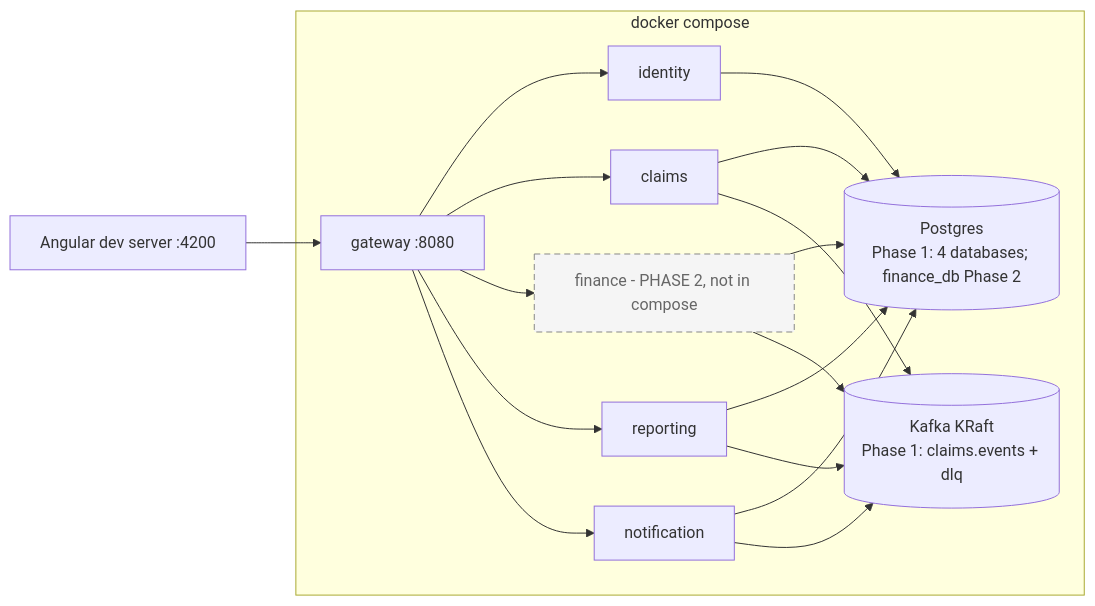
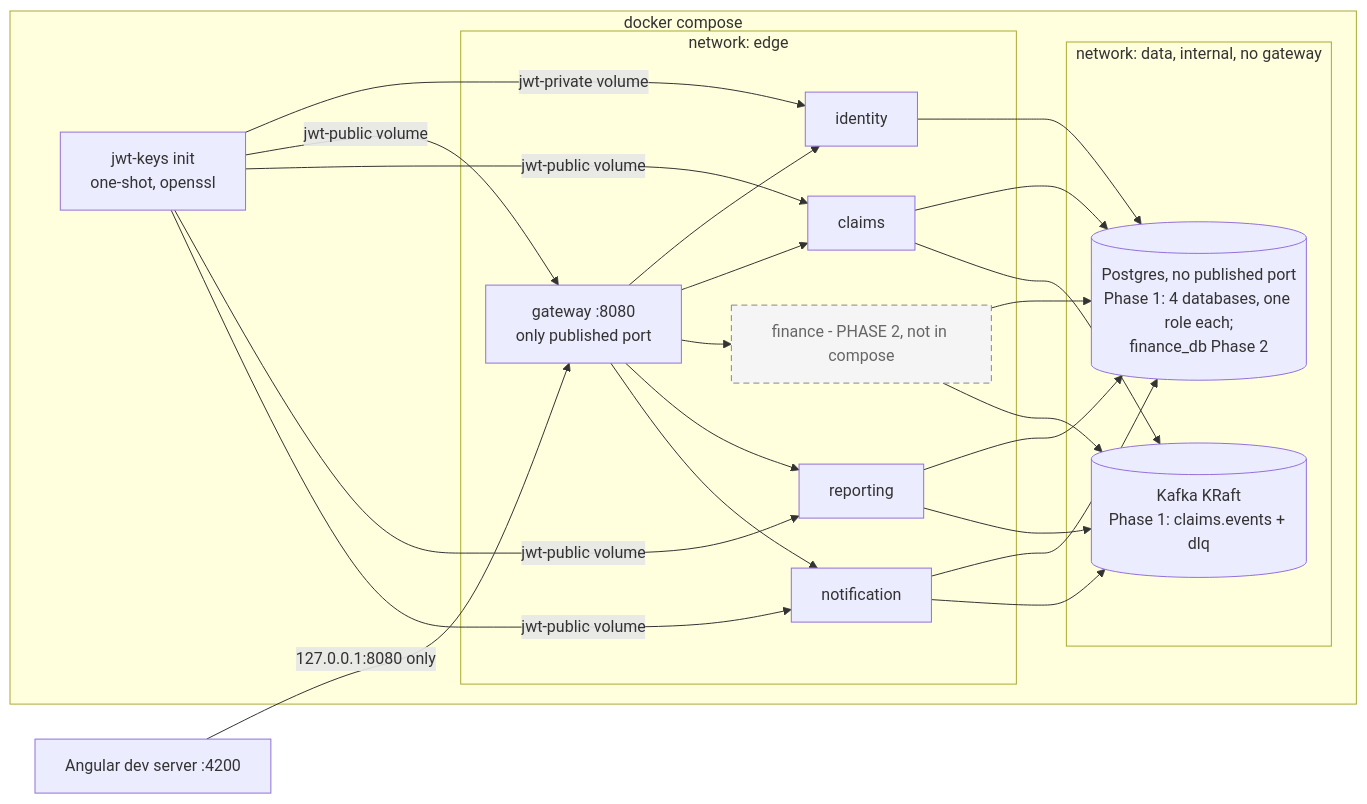
One commit to ZaimOmar/ChubbBackEnd changed the tenth of 10 diagrams in docs/architecture/ARCHITECTURE.md. Above: the diagram before and after it, drawn with Mermaid. The commit also changed other lines of this file and 6 other files, not shown here.

First line of the commit message:
docs: add BR-78, amend ADR-003/008, update architecture and security requirements

````diff
--- a/docs/architecture/ARCHITECTURE.md
+++ b/docs/architecture/ARCHITECTURE.md
@@ -572,22 +593,29 @@
 ```mermaid
 flowchart LR
+    FE[Angular dev server :4200] -->|127.0.0.1:8080 only| GWc
     subgraph docker compose
-        PG[(Postgres<br/>Phase 1: 4 databases; finance_db Phase 2)]
-        KF[(Kafka KRaft<br/>Phase 1: claims.events + dlq)]
-        GWc[gateway :8080]
-        IDc[identity]
-        CLc[claims]
-        FNc[finance - PHASE 2, not in compose]
-        RPc[reporting]
-        NTc[notification]
+        JK[jwt-keys init<br/>one-shot, openssl]
+        subgraph edge[network: edge]
+            GWc[gateway :8080<br/>only published port]
+            IDc[identity]
+            CLc[claims]
+            FNc[finance - PHASE 2, not in compose]
+            RPc[reporting]
+            NTc[notification]
+        end
+        subgraph data[network: data, internal, no gateway]
+            PG[(Postgres, no published port<br/>Phase 1: 4 databases, one role each;<br/>finance_db Phase 2)]
+            KF[(Kafka KRaft<br/>Phase 1: claims.events + dlq)]
+        end
     end
-    FE[Angular dev server :4200] --> GWc
+    JK -->|jwt-private volume| IDc
+    JK -->|jwt-public volume| GWc & CLc & RPc & NTc
     GWc --> IDc & CLc & FNc & RPc & NTc
     CLc --> PG & KF
     FNc --> PG & KF
     IDc --> PG
     RPc --> PG & KF
     NTc --> PG & KF
     classDef p2 stroke-dasharray: 6 4,stroke:#888,color:#666,fill:#f5f5f5
     class FNc p2
 ```
````
